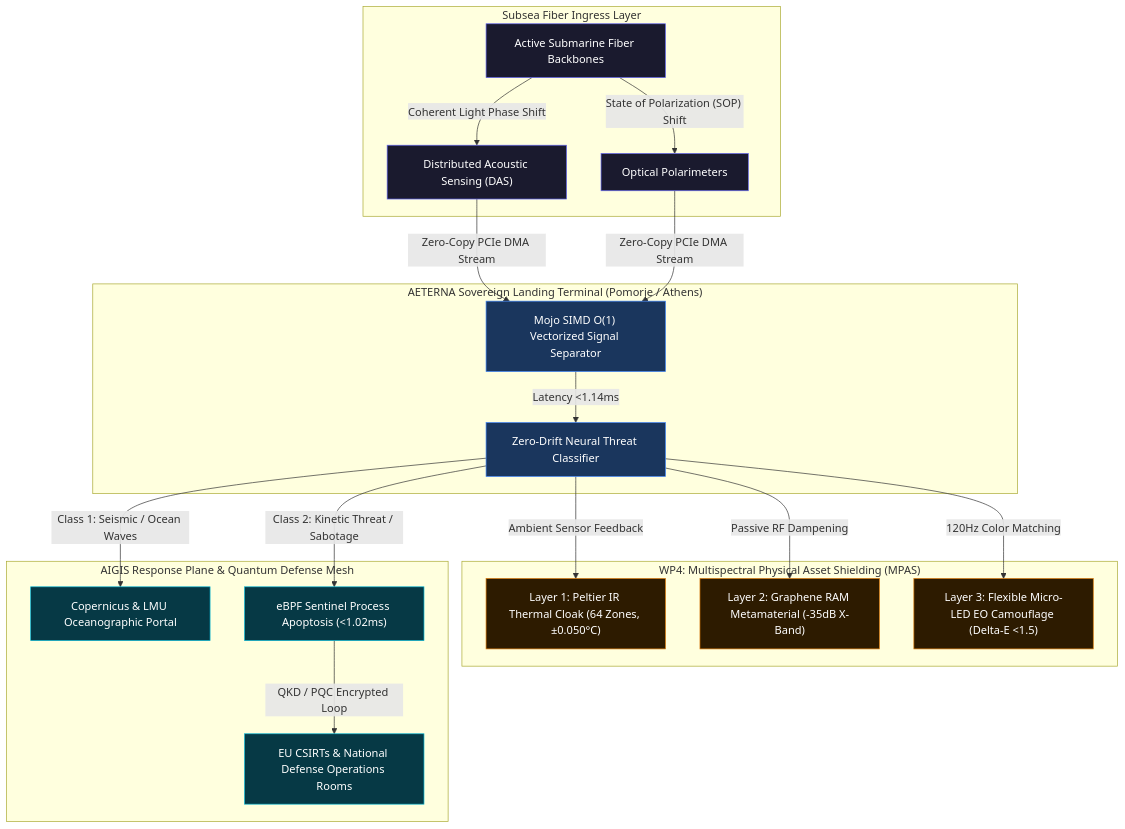
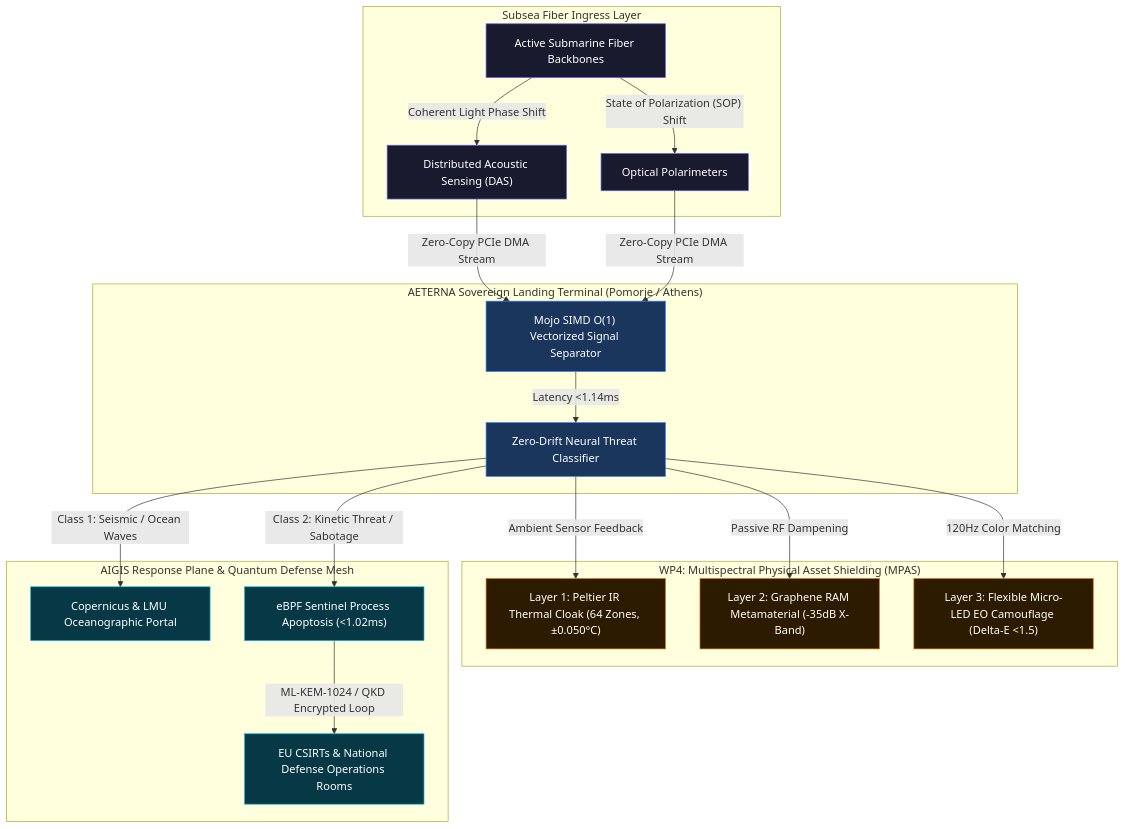
The diagram in docs/CEF_SMART_CABLES_PROPOSAL.md (papica777-eng/AETERNA-QSTN), drawn with Mermaid before and after one commit. The commit also changed other lines of this file and 1 other file, not shown here.

````diff
--- a/docs/CEF_SMART_CABLES_PROPOSAL.md
+++ b/docs/CEF_SMART_CABLES_PROPOSAL.md
@@ -20,35 +23,35 @@
 ```mermaid
 graph TD
     subgraph Subsea ["Subsea Fiber Ingress Layer"]
         A["Active Submarine Fiber Backbones"] -->|"Coherent Light Phase Shift"| B["Distributed Acoustic Sensing (DAS)"]
         A -->|"State of Polarization (SOP) Shift"| C["Optical Polarimeters"]
     end
 
     subgraph Terminal ["AETERNA Sovereign Landing Terminal (Pomorie / Athens)"]
         B & C -->|"Zero-Copy PCIe DMA Stream"| D["Mojo SIMD O(1) Vectorized Signal Separator"]
         D -->|"Latency <1.14ms"| E["Zero-Drift Neural Threat Classifier"]
     end
 
     subgraph MPAS ["WP4: Multispectral Physical Asset Shielding (MPAS)"]
         E -->|"Ambient Sensor Feedback"| F1["Layer 1: Peltier IR Thermal Cloak (64 Zones, ±0.050°C)"]
         E -->|"Passive RF Dampening"| F2["Layer 2: Graphene RAM Metamaterial (-35dB X-Band)"]
         E -->|"120Hz Color Matching"| F3["Layer 3: Flexible Micro-LED EO Camouflage (Delta-E <1.5)"]
     end
 
     subgraph Response ["AIGIS Response Plane & Quantum Defense Mesh"]
         E -->|"Class 1: Seismic / Ocean Waves"| G1["Copernicus & LMU Oceanographic Portal"]
         E -->|"Class 2: Kinetic Threat / Sabotage"| G2["eBPF Sentinel Process Apoptosis (<1.02ms)"]
-        G2 -->|"QKD / PQC Encrypted Loop"| G3["EU CSIRTs & National Defense Operations Rooms"]
+        G2 -->|"ML-KEM-1024 / QKD Encrypted Loop"| G3["EU CSIRTs & National Defense Operations Rooms"]
     end
 
     classDef default fill:#09090b,stroke:#27272a,color:#fff;
     classDef subsea fill:#1a1a2e,stroke:#6366f1,color:#fff;
     classDef terminal fill:#1a365d,stroke:#3b82f6,color:#fff;
     classDef mpas fill:#2d1b00,stroke:#d97706,color:#fff;
     classDef response fill:#063945,stroke:#06b6d4,color:#fff;
 
     class A,B,C subsea;
     class D,E terminal;
     class F1,F2,F3 mpas;
     class G1,G2,G3 response;
 ```
````
